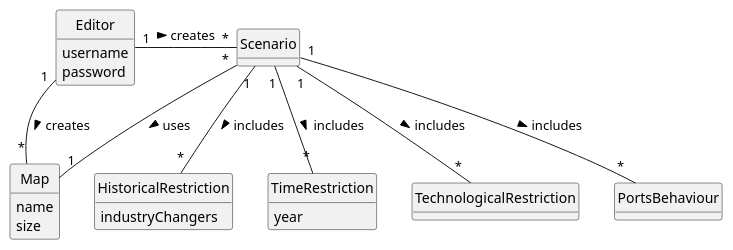
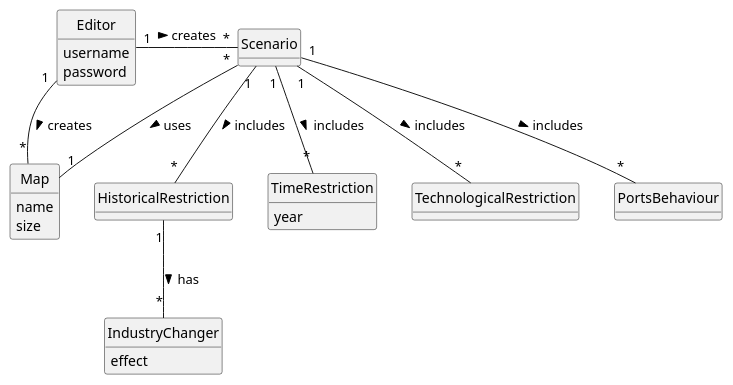
One commit to 1240935/pi2-railway-simulator changed the diagram in Sprint2/US004/02.analysis/puml/US004-DM.puml. Above: the diagram before and after it, drawn with PlantUML. The commit also changed 17 other files, not shown here.

```diff
--- a/Sprint2/US004/02.analysis/puml/US004-DM.puml
+++ b/Sprint2/US004/02.analysis/puml/US004-DM.puml
@@ -1,47 +1,51 @@
 @startuml
 skinparam monochrome true
 skinparam packageStyle rectangle
 skinparam shadowing false
 'skinparam linetype ortho
 'left to right direction
 skinparam classAttributeIconSize 0
 hide circle
 hide methods
 
 
 class Map {
     name
     size
 }
 
 class Scenario {
 }
 
 class Editor {
     username
     password
 }
 
 class HistoricalRestriction{
-    industryChangers
 }
 
 class TimeRestriction{
     year
 }
 
 class TechnologicalRestriction{
 }
 
 class PortsBehaviour{
 }
 
+class IndustryChanger{
+    effect
+}
+
 Editor "1" - "*" Map : creates >
 Editor "1" - "*" Scenario : creates >
 Scenario "*" -- "1" Map : uses >
 Scenario "1" -- "*" HistoricalRestriction: includes >
 Scenario "1" -- "*" TechnologicalRestriction: includes >
 Scenario "1" -- "*" TimeRestriction: includes >
 Scenario "1" -- "*" PortsBehaviour: includes >
+HistoricalRestriction "1" -- "*" IndustryChanger: has >
 
 @enduml
```
